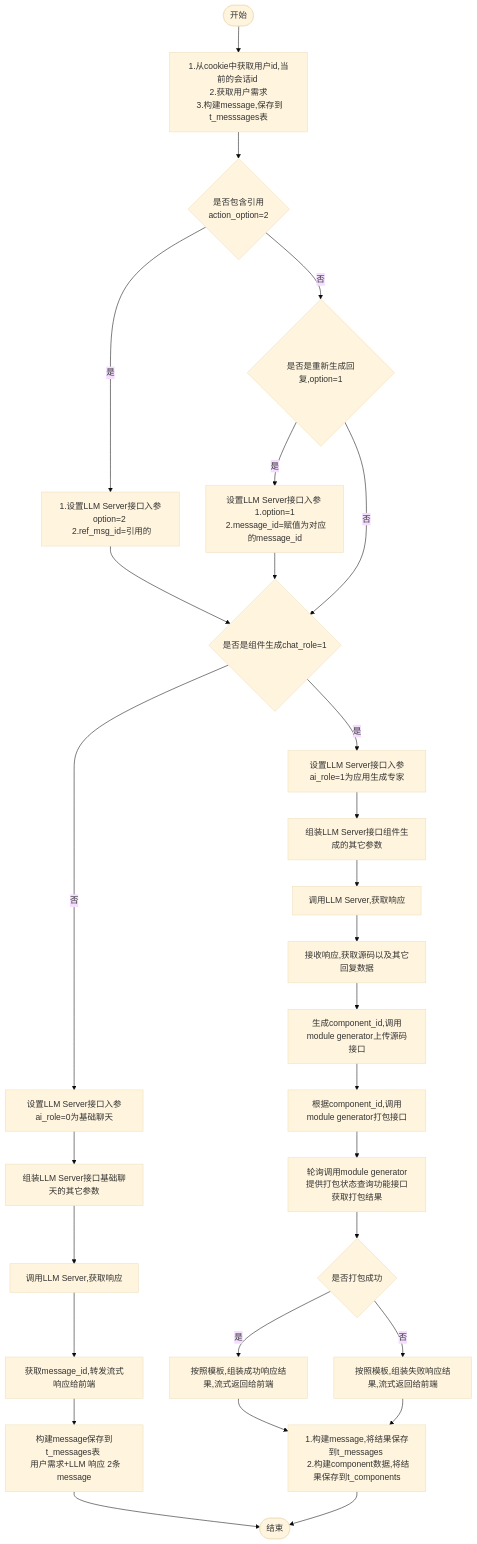
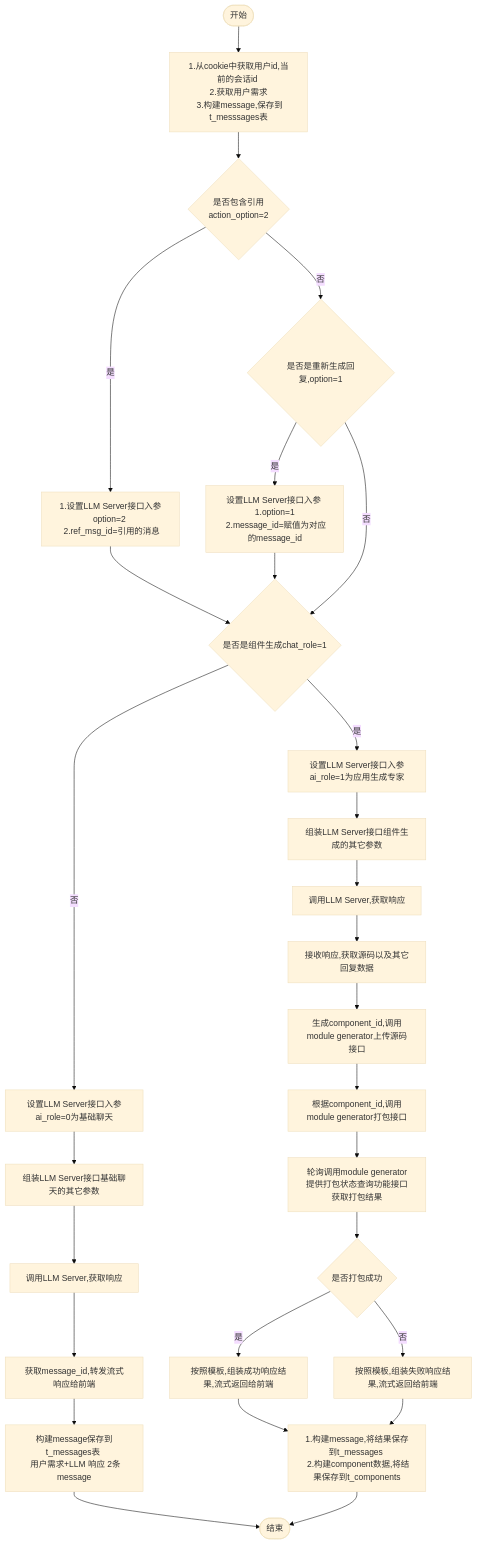
The diagram in all/w3-会话-不需要传递message.md (yingjianzh/iodraw-files), drawn with Mermaid (base theme) before and after one commit.

Commit message:
2024-10-15 15:02:45 update

````diff
--- a/all/w3-会话-不需要传递message.md
+++ b/all/w3-会话-不需要传递message.md
@@ -1,34 +1,34 @@
 ```mermaid
 flowchart TD
     A([开始]) --> B[1.从cookie中获取用户id,当前的会话id \n 2.获取用户需求 \n 3.构建message,保存到t_messsages表]
     B--> D{是否包含引用 \n action_option=2}
-    D -- 是 --> E[1.设置LLM Server接口入参option=2 \n 2.ref_msg_id=引用的]
+    D -- 是 --> E[1.设置LLM Server接口入参option=2 \n 2.ref_msg_id=引用的消息]
     D -- 否 --> F{是否是重新生成回复,option=1}
     F -- 是 --> G[设置LLM Server接口入参 \n 1.option=1 \n 2.message_id=赋值为对应的message_id]
     F -- 否 --> I
      
     E & G --> I{是否是组件生成chat_role=1}
     I -- 否 --> K[设置LLM Server接口入参ai_role=0为基础聊天]
     I -- 是 --> J[设置LLM Server接口入参ai_role=1为应用生成专家]
     
 
     J --> L[组装LLM Server接口组件生成的其它参数]    
     K --> M[组装LLM Server接口基础聊天的其它参数]    
     M --> N[调用LLM Server,获取响应]    
     N --> O[获取message_id,转发流式响应给前端]
     O --> P[构建message保存到t_messages表 \n 用户需求+LLM 响应 2条message]
     P --> R([结束])
 
 
     L --> S[调用LLM Server,获取响应]
     S --> T[接收响应,获取源码以及其它回复数据]
     T --> U[生成component_id,调用module generator上传源码接口]
     U --> V[根据component_id,调用module generator打包接口]
     V --> W[轮询调用module generator提供打包状态查询功能接口获取打包结果]
     W --> X{是否打包成功}
     X -- 是 --> Y[按照模板,组装成功响应结果,流式返回给前端]
     X -- 否 --> Z[按照模板,组装失败响应结果,流式返回给前端]
 
     Y & Z --> Result[1.构建message,将结果保存到t_messages \n 2.构建component数据,将结果保存到t_components]
     Result --> R
 ```
````
